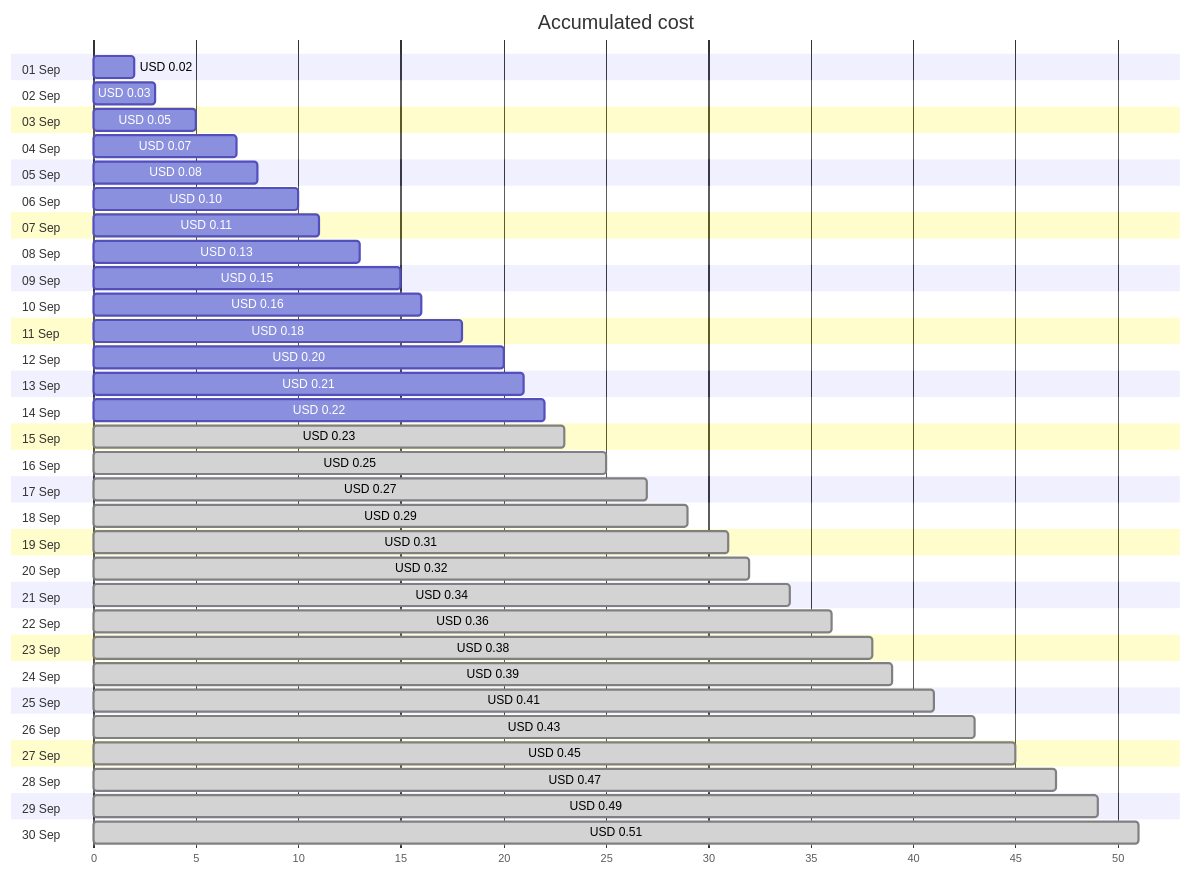
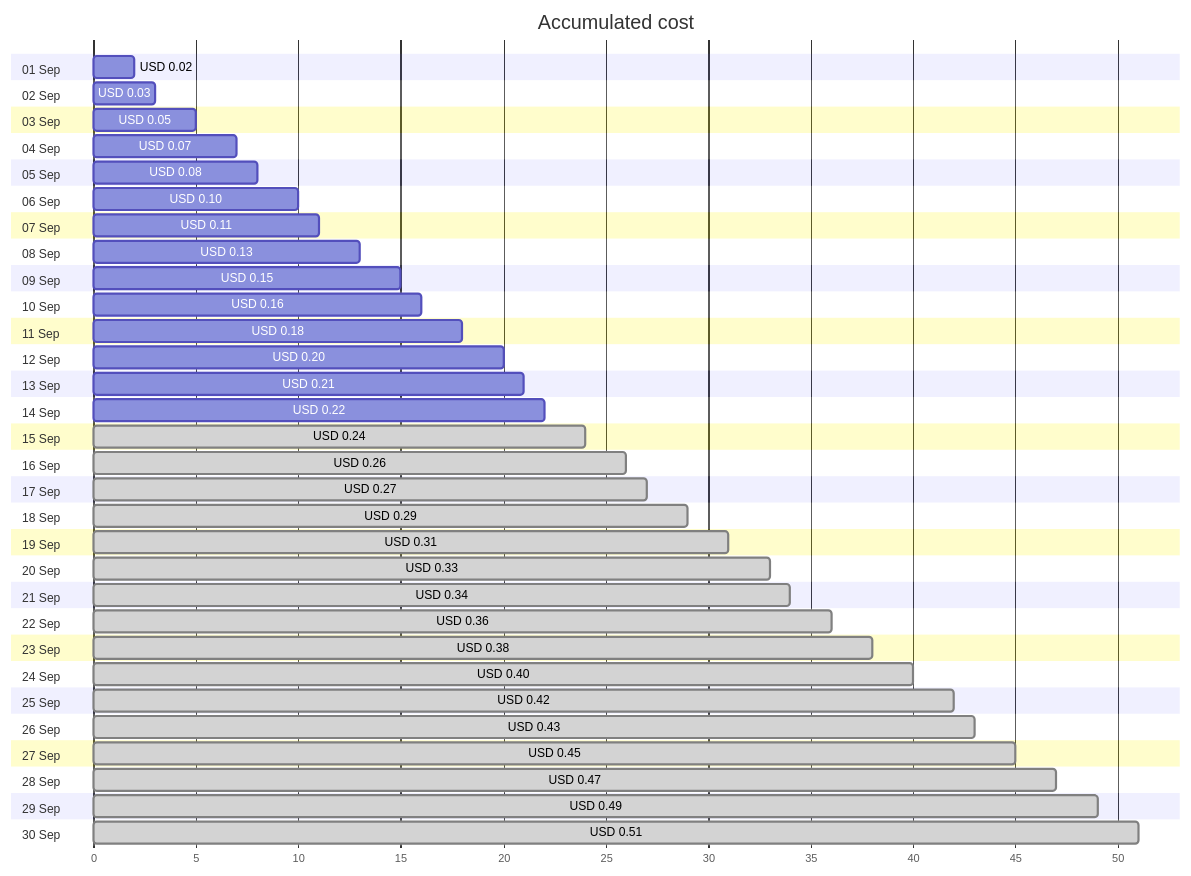
The first of 4 diagrams in cost-reports/personal-dns/jpatrickfulton.com.md (jpfulton/azure-personal-reports), drawn with Mermaid before and after one commit. The commit also changed other lines of this file and 32 other files, not shown here.

````diff
--- a/cost-reports/personal-dns/jpatrickfulton.com.md
+++ b/cost-reports/personal-dns/jpatrickfulton.com.md
@@ -20,66 +20,66 @@
 ```mermaid
 gantt
    title Accumulated cost
    dateFormat  X
    axisFormat %s
    section 01 Sep
    USD 0.02 :0, 2
    section 02 Sep
    USD 0.03 :0, 3
    section 03 Sep
    USD 0.05 :0, 5
    section 04 Sep
    USD 0.07 :0, 7
    section 05 Sep
    USD 0.08 :0, 8
    section 06 Sep
    USD 0.10 :0, 10
    section 07 Sep
    USD 0.11 :0, 11
    section 08 Sep
    USD 0.13 :0, 13
    section 09 Sep
    USD 0.15 :0, 15
    section 10 Sep
    USD 0.16 :0, 16
    section 11 Sep
    USD 0.18 :0, 18
    section 12 Sep
    USD 0.20 :0, 20
    section 13 Sep
    USD 0.21 :0, 21
    section 14 Sep
    USD 0.22 :0, 22
    section 15 Sep
-   USD 0.23 : done, 0, 23
+   USD 0.24 : done, 0, 24
    section 16 Sep
-   USD 0.25 : done, 0, 25
+   USD 0.26 : done, 0, 26
    section 17 Sep
    USD 0.27 : done, 0, 27
    section 18 Sep
    USD 0.29 : done, 0, 29
    section 19 Sep
    USD 0.31 : done, 0, 31
    section 20 Sep
-   USD 0.32 : done, 0, 32
+   USD 0.33 : done, 0, 33
    section 21 Sep
    USD 0.34 : done, 0, 34
    section 22 Sep
    USD 0.36 : done, 0, 36
    section 23 Sep
    USD 0.38 : done, 0, 38
    section 24 Sep
-   USD 0.39 : done, 0, 39
+   USD 0.40 : done, 0, 40
    section 25 Sep
-   USD 0.41 : done, 0, 41
+   USD 0.42 : done, 0, 42
    section 26 Sep
    USD 0.43 : done, 0, 43
    section 27 Sep
    USD 0.45 : done, 0, 45
    section 28 Sep
    USD 0.47 : done, 0, 47
    section 29 Sep
    USD 0.49 : done, 0, 49
    section 30 Sep
    USD 0.51 : done, 0, 51
 ```
````
